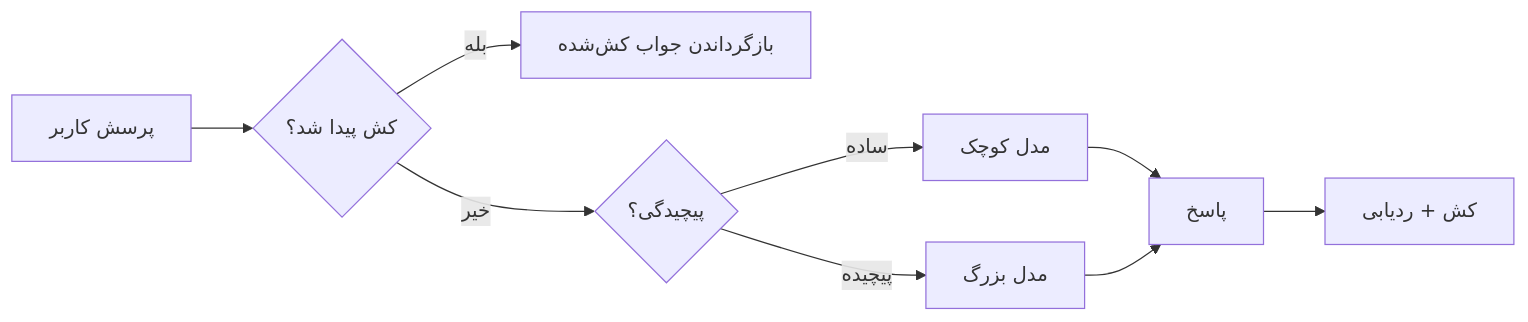
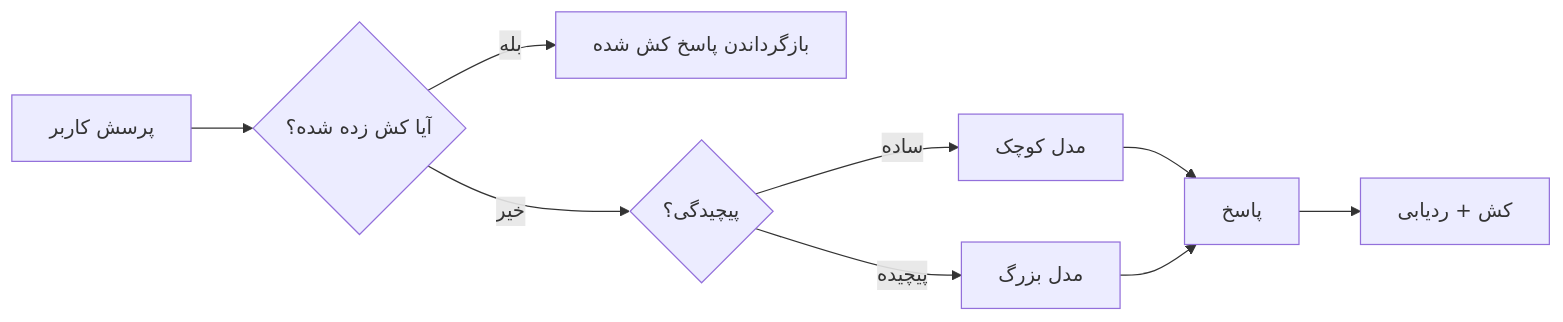
One commit to microsoft/ai-agents-for-beginners changed the third of 4 diagrams in translations/fa/16-deploying-scalable-agents/README.md. Above: the diagram before and after it, drawn with Mermaid. The commit also changed other lines of this file and 47 other files, not shown here.

````diff
--- a/translations/fa/16-deploying-scalable-agents/README.md
+++ b/translations/fa/16-deploying-scalable-agents/README.md
@@ -134,11 +134,11 @@
 ```mermaid
 flowchart LR
-    Q[پرسش کاربر] --> C{کش پیدا شد؟}
-    C -->|بله| R[بازگرداندن جواب کش‌شده]
+    Q[پرسش کاربر] --> C{آیا کش زده شده؟}
+    C -->|بله| R[بازگرداندن پاسخ کش شده]
     C -->|خیر| Router{پیچیدگی؟}
     Router -->|ساده| SLM[مدل کوچک]
     Router -->|پیچیده| LLM[مدل بزرگ]
     SLM --> Out[پاسخ]
     LLM --> Out
     Out --> Store[کش + ردیابی]
 ```
````
